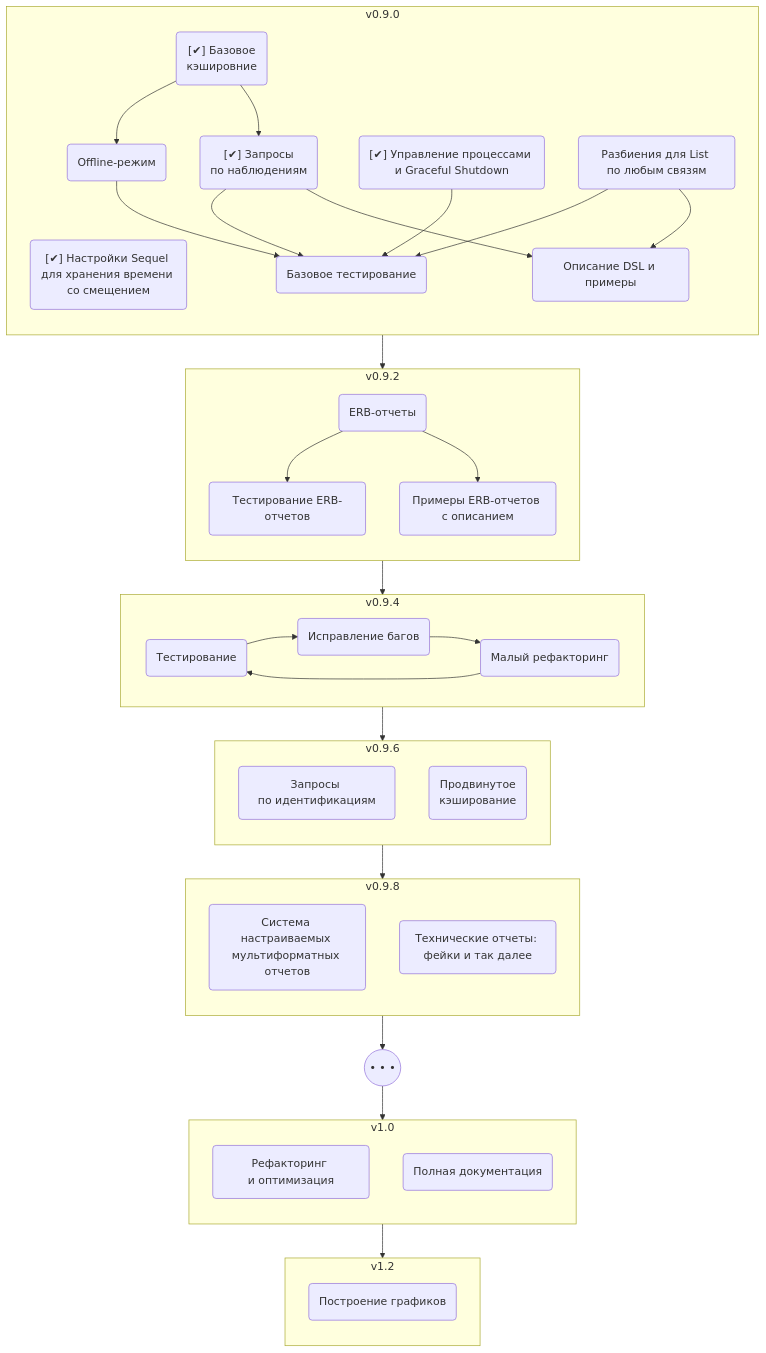
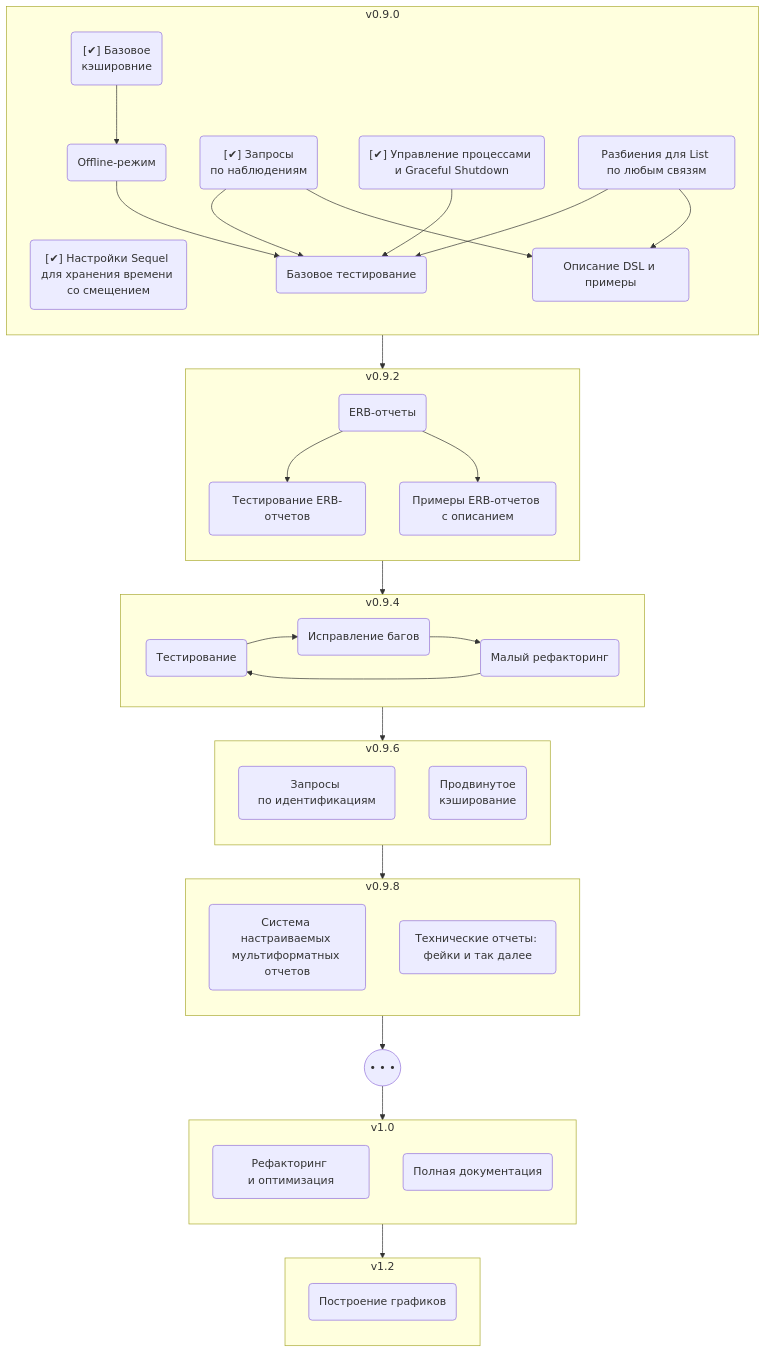
One commit to inat-get/inat-get changed the diagram in share/inat-get/dev-docs/roadmap.md. Above: the diagram before and after it, drawn with Mermaid.

Commit message:
minor in roadmap

````diff
--- a/share/inat-get/dev-docs/roadmap.md
+++ b/share/inat-get/dev-docs/roadmap.md
@@ -2,78 +2,77 @@
 ```mermaid
 flowchart TB
 
   subgraph R090 ["v0.9.0"]
     direction TB
     Timing("[✔] Настройки Sequel для хранения времени со смещением")
     Shutdown("[✔] Управление процессами и Graceful Shutdown")
     Observs("[✔] Запросы<br>по наблюдениям")
     Caching("[✔] Базовое<br>кэшировние")
     Lists("Разбиения для List по любым связям")
     Offline("Offline-режим")
     BaseTesting("Базовое тестирование")
     BaseDoc("Описание DSL и примеры")
   end
 
   subgraph R092 ["v0.9.2"]
     direction TB
     ERB("ERB-отчеты")
     ERBTests("Тестирование ERB-отчетов")
     ERBSamples("Примеры ERB-отчетов с описанием")
   end
 
   subgraph R094 ["v0.9.4"]
     direction LR
     Testing("Тестирование")
     Debugging("Исправление багов")
     Ref1("Малый рефакторинг")
   end
 
   subgraph R096 ["v0.9.6"]
     direction TB
     Idents("Запросы по идентификациям")
     AdvCaching("Продвинутое<br>кэширование")
   end
 
   subgraph R098 ["v0.9.8"]
     direction TB
     Reporting("Система настраиваемых мультиформатных отчетов")
     TechReps("Технические отчеты: фейки и так далее")
   end
 
   Smth(("• • •"))
 
   subgraph R100 ["v1.0"]
     direction TB
     Refactoring("Рефакторинг и оптимизация")
     Documenting("Полная документация")
   end
 
   subgraph R120 ["v1.2"]
     direction TB
     Graphics("Построение графиков")
   end
 
   R090 --> R092
   R092 --> R094
   R094 --> R096
   R096 --> R098
   R098 --> Smth
   Smth --> R100
   R100 --> R120
 
   Caching --> Offline
-  Caching --> Observs
   Observs --> BaseTesting
   Offline --> BaseTesting
   Shutdown --> BaseTesting
   Observs --> BaseDoc
   Lists --> BaseTesting
   Lists --> BaseDoc
 
   ERB --> ERBTests
   ERB --> ERBSamples
 
   Testing --> Debugging
   Debugging --> Ref1
   Ref1 --> Testing
 ```
````
